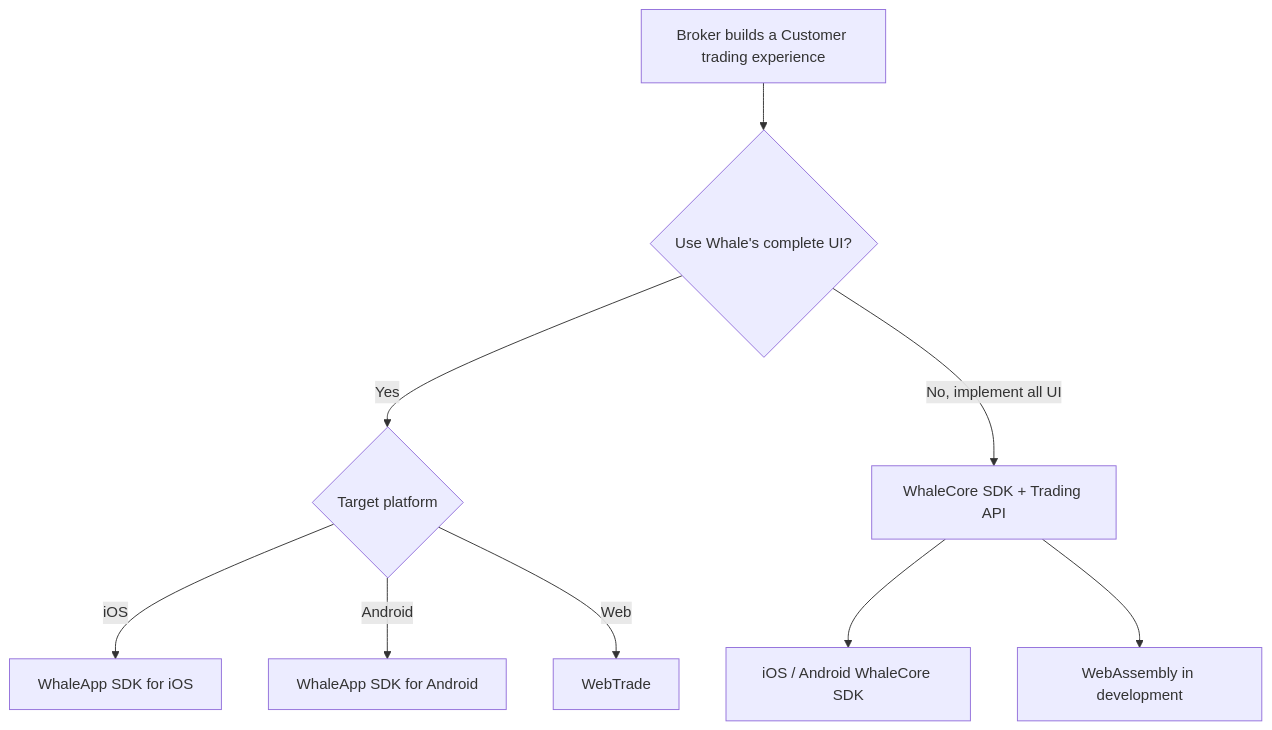
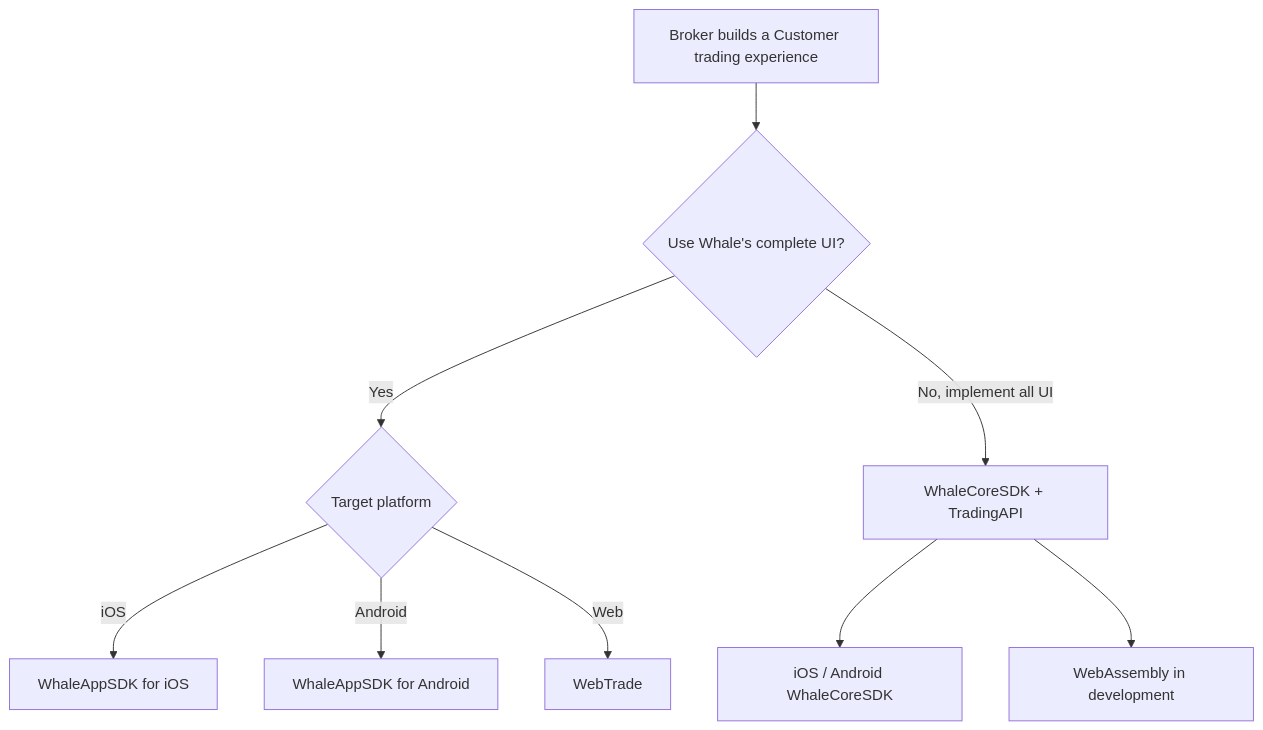
The diagram in docs/en/docs/integration-options.mdx (longbridge/whale-docs), drawn with Mermaid before and after one commit. The commit also changed other lines of this file and 120 other files, not shown here.

````diff
--- a/docs/en/docs/integration-options.mdx
+++ b/docs/en/docs/integration-options.mdx
@@ -22,11 +22,11 @@
 ```mermaid
 flowchart TD
     A[Broker builds a Customer trading experience] --> B{Use Whale's complete UI?}
     B -- Yes --> C{Target platform}
-    C -- iOS --> D[WhaleApp SDK for iOS]
-    C -- Android --> E[WhaleApp SDK for Android]
+    C -- iOS --> D[WhaleAppSDK for iOS]
+    C -- Android --> E[WhaleAppSDK for Android]
     C -- Web --> F[WebTrade]
-    B -- No, implement all UI --> G[WhaleCore SDK + Trading API]
-    G --> H[iOS / Android WhaleCore SDK]
+    B -- No, implement all UI --> G[WhaleCoreSDK + TradingAPI]
+    G --> H[iOS / Android WhaleCoreSDK]
     G --> I[WebAssembly in development]
 ```
````
